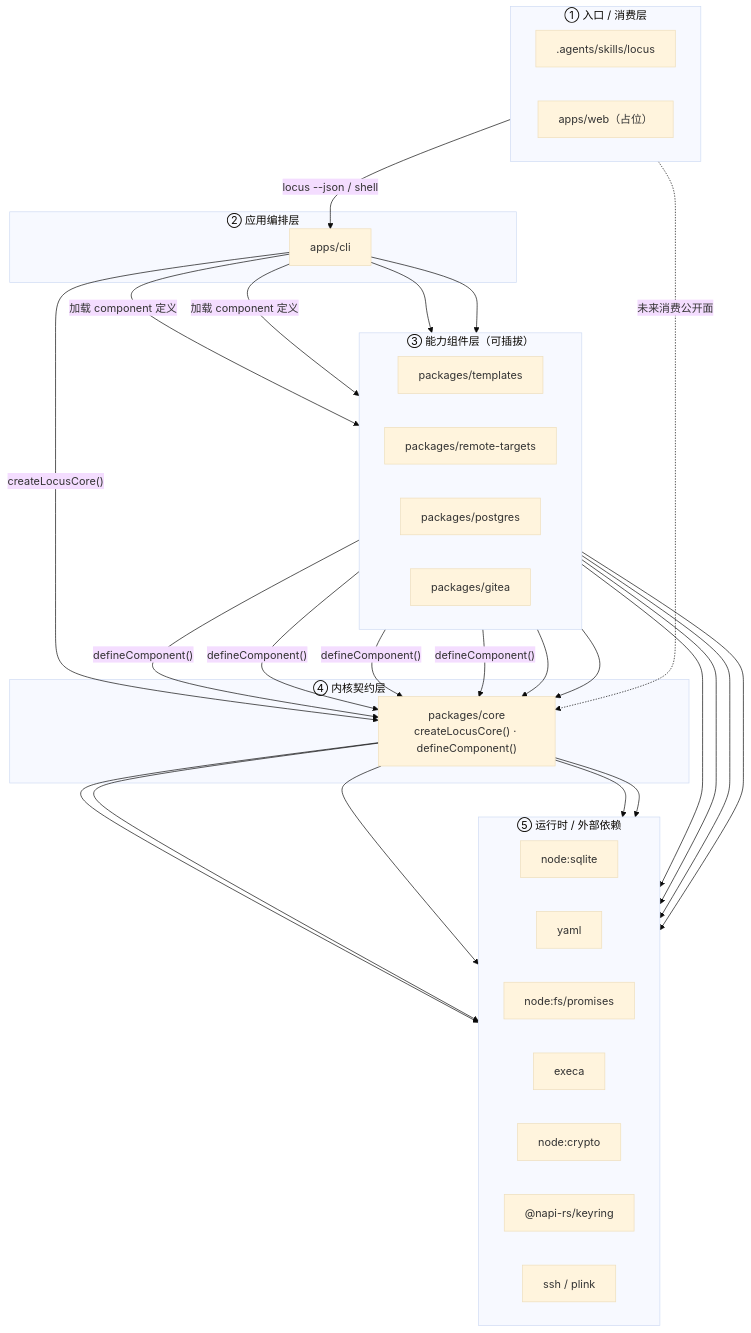
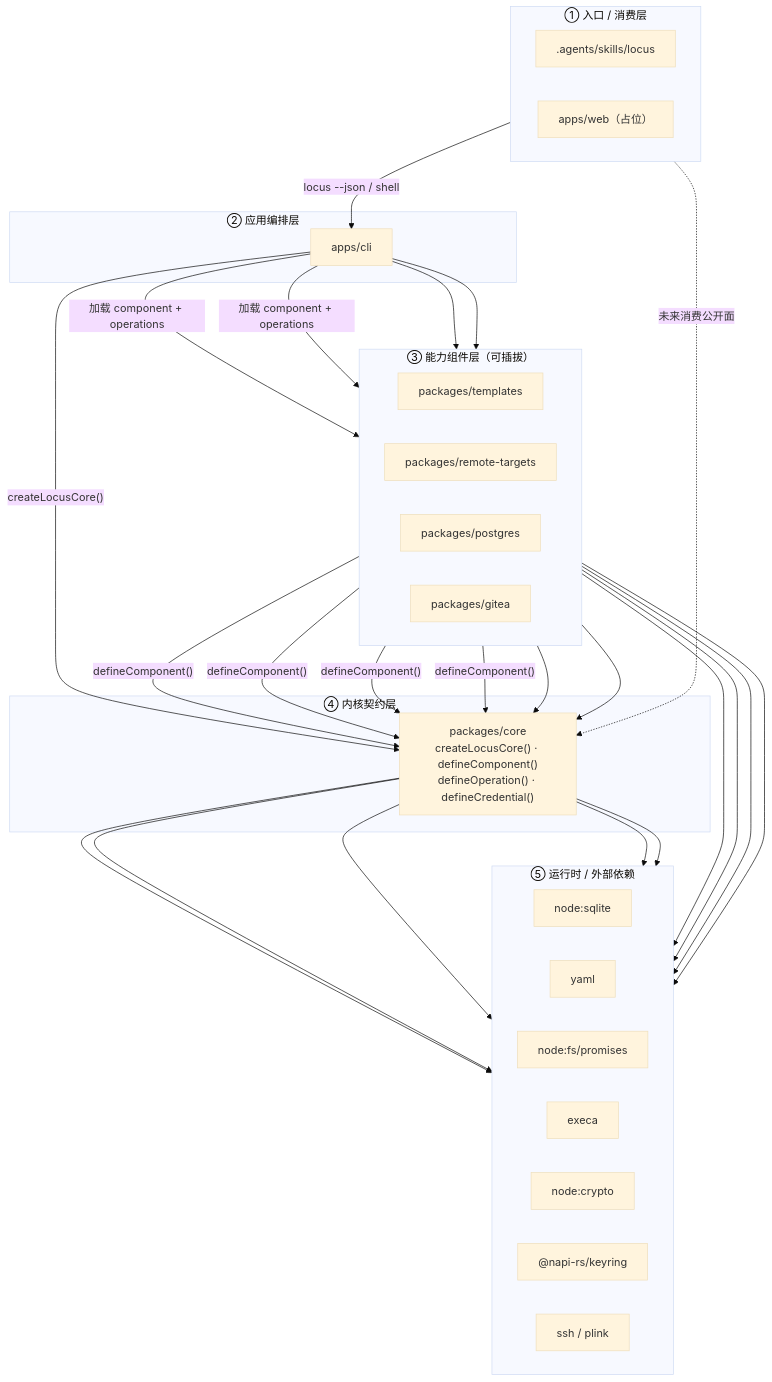
Before and after one commit to SWdrift/locus-workspace: the diagram in docs/architecture.md, drawn with Mermaid (base theme). The commit also changed other lines of this file and 71 other files, not shown here.

````diff
--- a/docs/architecture.md
+++ b/docs/architecture.md
@@ -28,67 +39,76 @@
 ```mermaid
 flowchart TB
     subgraph L1["① 入口 / 消费层"]
         direction LR
         SKILL[".agents/skills/locus"]
         WEB["apps/web（占位）"]
     end
 
+
     subgraph L2["② 应用编排层"]
         CLI["apps/cli"]
     end
+
 
     subgraph L3["③ 能力组件层（可插拔）"]
         direction LR
         TPL["packages/templates"]
         RT["packages/remote-targets"]
         PG["packages/postgres"]
         GITEA["packages/gitea"]
     end
 
+
     subgraph L4["④ 内核契约层"]
-        CORE["packages/core<br/>createLocusCore() · defineComponent()"]
+        CORE["packages/core<br/>createLocusCore() · defineComponent()<br/>defineOperation() · defineCredential()"]
     end
+
 
     subgraph L5["⑤ 运行时 / 外部依赖"]
         direction LR
         SQLITE["node:sqlite"]
         YAML["yaml"]
         FS["node:fs/promises"]
         EXECA["execa"]
         NATIVE["node:crypto"]
         KEYRING["@napi-rs/keyring"]
         SSH["ssh / plink"]
     end
 
+
     SKILL -->|"locus --json / shell"| CLI
     WEB -.->|"未来消费公开面"| CORE
 
-    CLI -->|"加载 component 定义"| TPL
-    CLI -->|"加载 component 定义"| RT
+
+    CLI -->|"加载 component + operations"| TPL
+    CLI -->|"加载 component + operations"| RT
     CLI --> PG
     CLI --> GITEA
     CLI -->|"createLocusCore()"| CORE
+
 
     TPL -->|"defineComponent()"| CORE
     RT -->|"defineComponent()"| CORE
     PG -->|"defineComponent()"| CORE
     GITEA -->|"defineComponent()"| CORE
+
 
     CORE --> SQLITE
     CORE --> YAML
     CORE --> EXECA
     TPL --> FS
     RT --> YAML
     RT --> EXECA
     RT --> SSH
     PG --> CORE
     GITEA --> CORE
     CORE --> NATIVE
     CORE --> KEYRING
 
+
     class SKILL,WEB entry
     class CLI app
     class TPL,RT,PG,GITEA comp
     class CORE core
     class SQLITE,YAML,FS,EXECA,SSH,NATIVE,KEYRING infra
 ```
````
